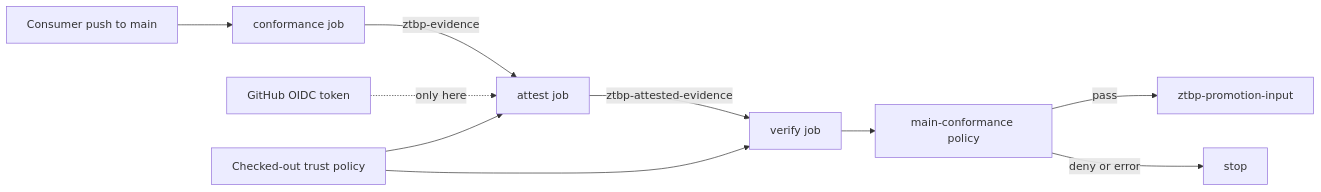
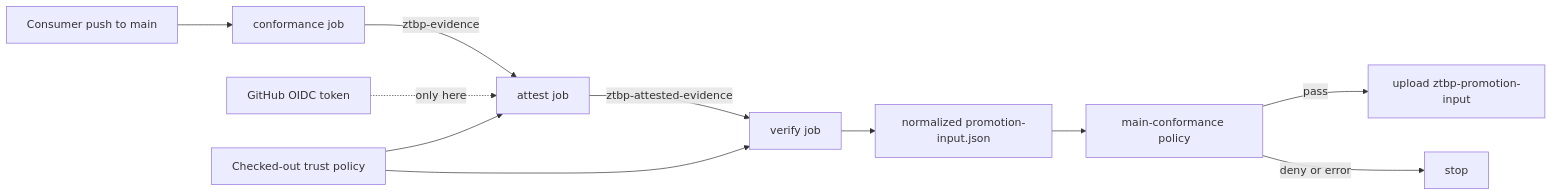
One commit to bodharma/zero-trust-workflows changed the first of 2 diagrams in README.md. Above: the diagram before and after it, drawn with Mermaid. The commit also changed other lines of this file and 1 other file, not shown here.

````diff
--- a/README.md
+++ b/README.md
@@ -54,12 +54,13 @@
 ```mermaid
 flowchart LR
   M[Consumer push to main] --> C[conformance job]
   C -->|ztbp-evidence| A[attest job]
   O[GitHub OIDC token] -. only here .-> A
   A -->|ztbp-attested-evidence| V[verify job]
   T[Checked-out trust policy] --> A
   T --> V
-  V --> P[main-conformance policy]
-  P -->|pass| D[ztbp-promotion-input]
+  V --> N[normalized promotion-input.json]
+  N --> P[main-conformance policy]
+  P -->|pass| D[upload ztbp-promotion-input]
   P -->|deny or error| X[stop]
 ```
````
